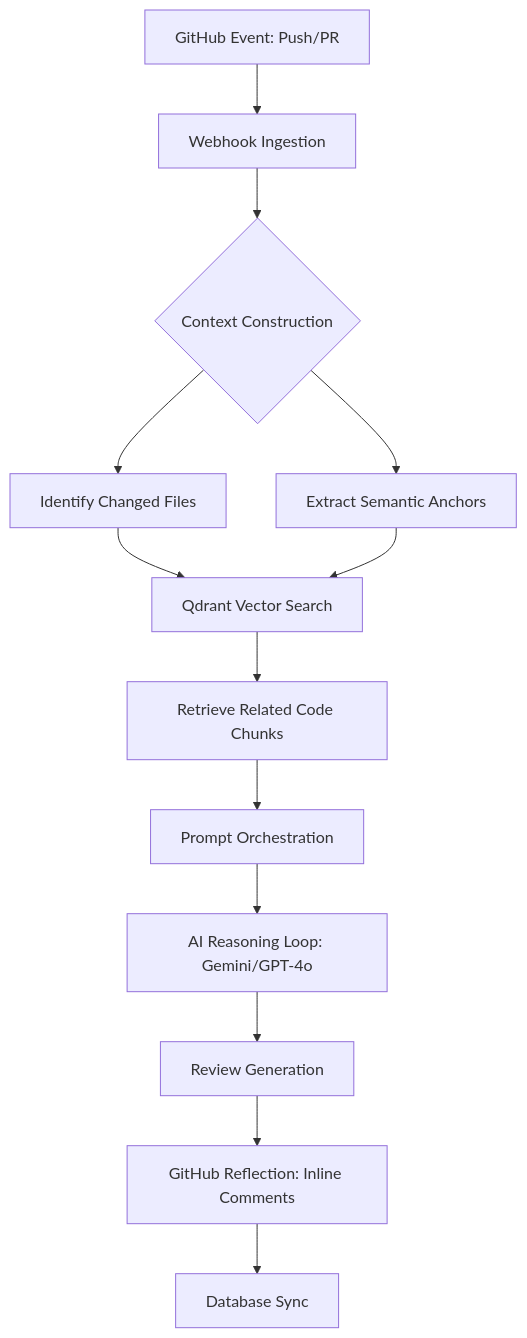
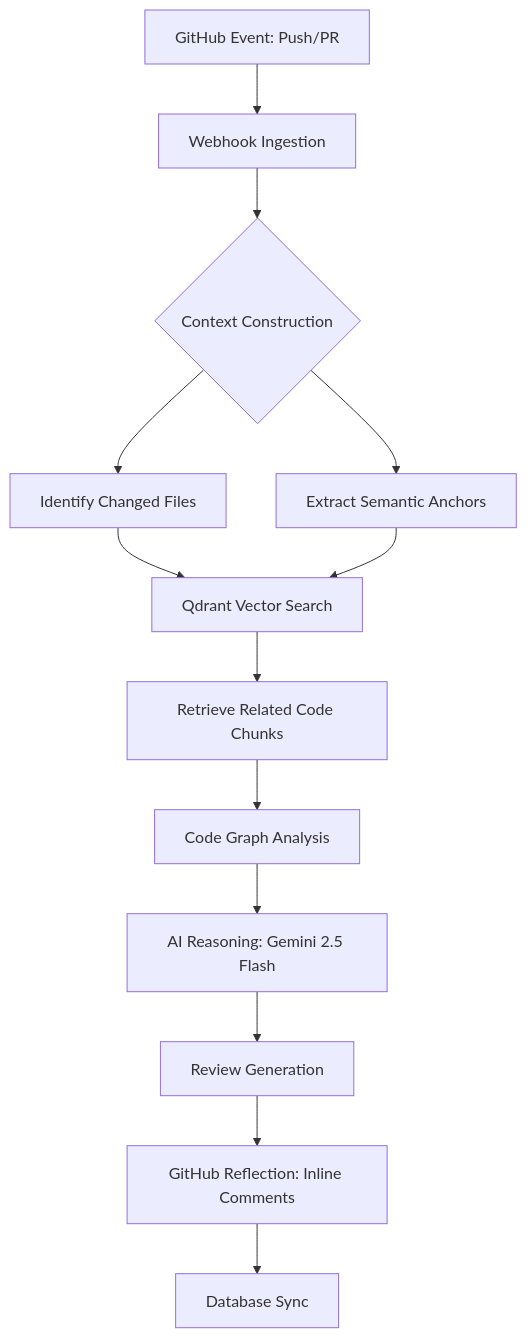
One commit to mayurbijarniya/Revio changed the diagram in README.md. Above: the diagram before and after it, drawn with Mermaid. The commit also changed other lines of this file and 7 other files, not shown here.

````diff
--- a/README.md
+++ b/README.md
@@ -42,14 +43,14 @@
 ```mermaid
 graph TD
     A[GitHub Event: Push/PR] --> B[Webhook Ingestion]
     B --> C{Context Construction}
     C --> D[Identify Changed Files]
     C --> E[Extract Semantic Anchors]
     D & E --> F[Qdrant Vector Search]
     F --> G[Retrieve Related Code Chunks]
-    G --> H[Prompt Orchestration]
-    H --> I[AI Reasoning Loop: Gemini/GPT-4o]
+    G --> H[Code Graph Analysis]
+    H --> I[AI Reasoning: Gemini 2.5 Flash]
     I --> J[Review Generation]
     J --> K[GitHub Reflection: Inline Comments]
     K --> L[Database Sync]
 ```
````
